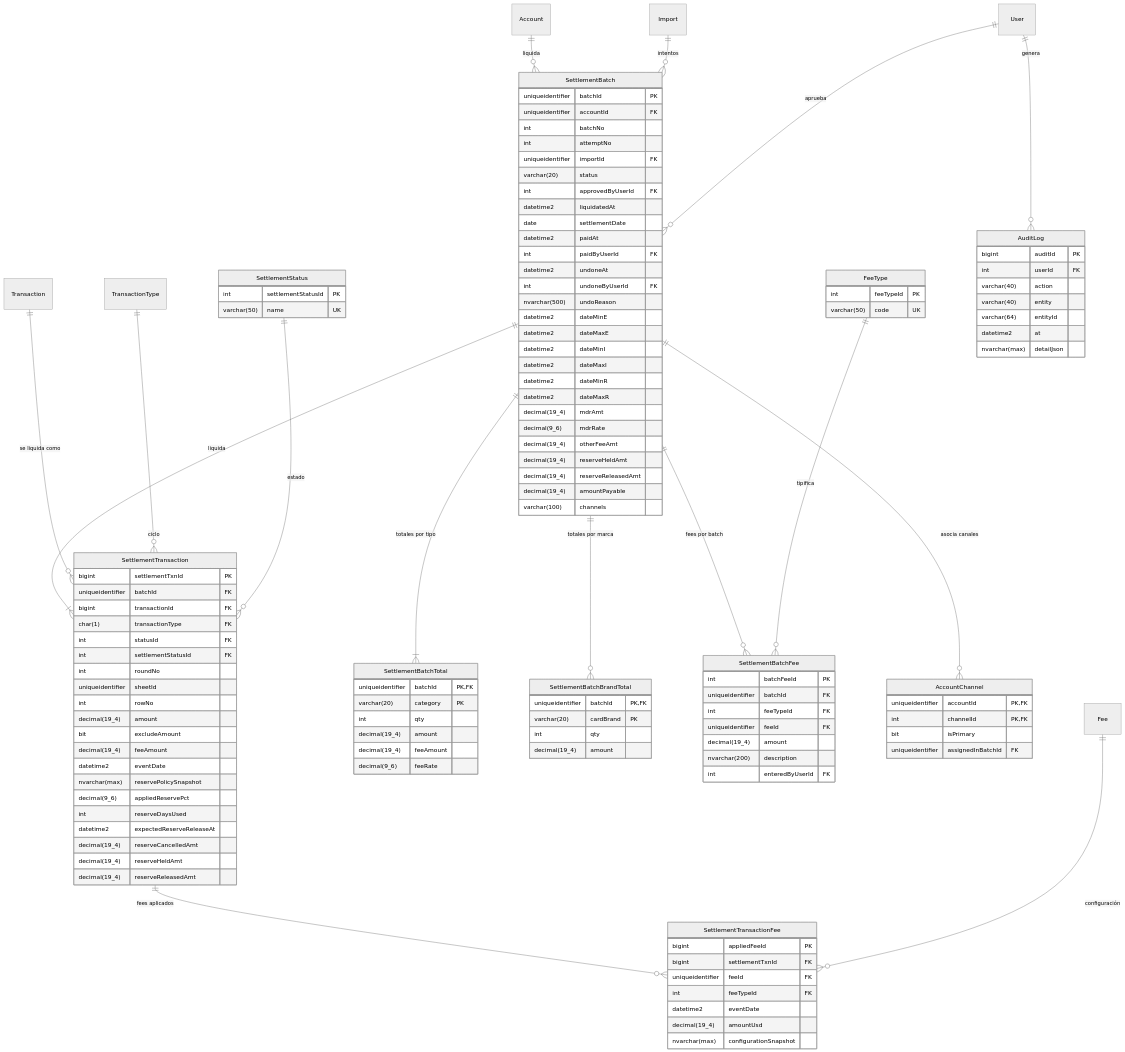
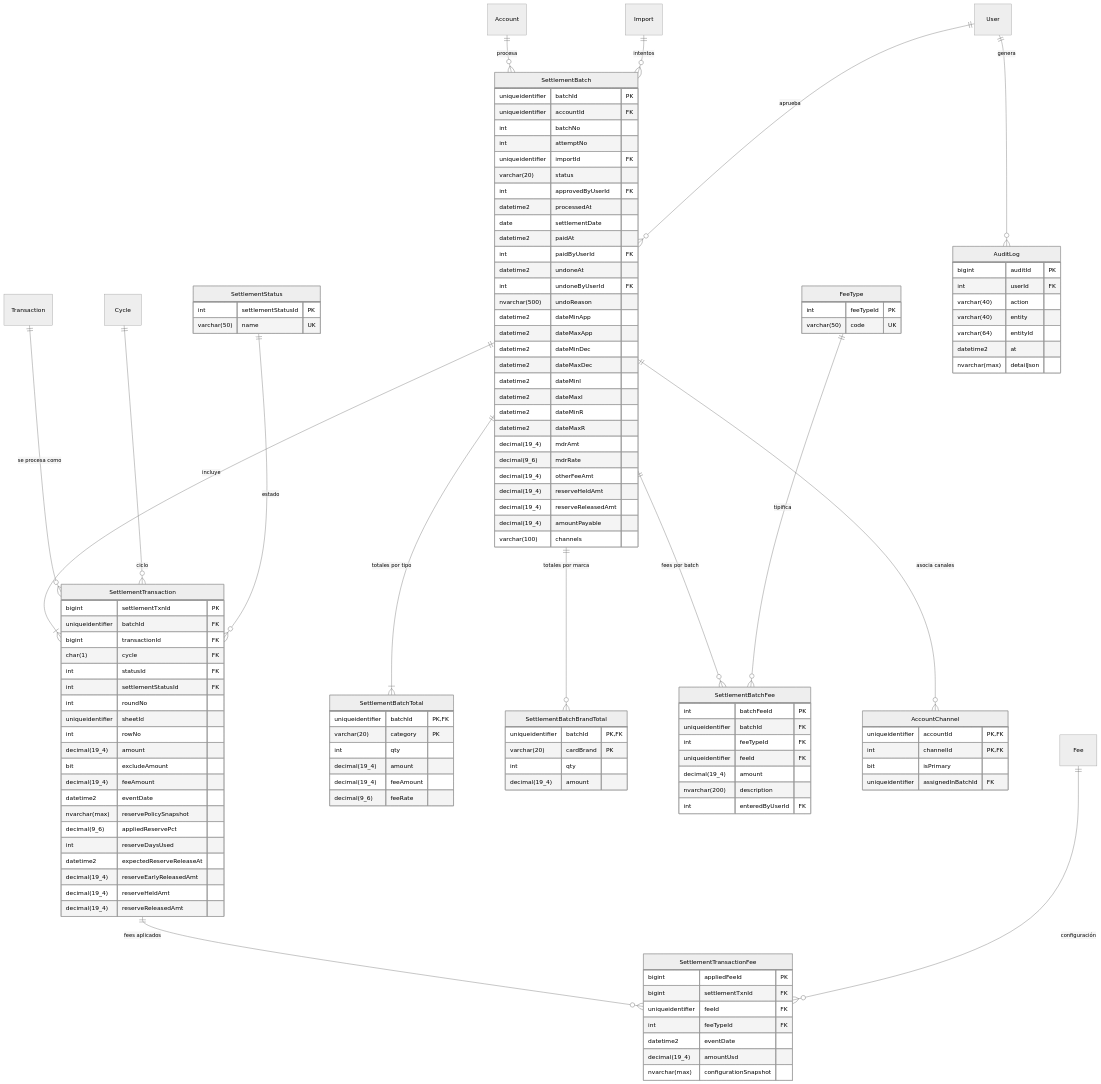
Before and after one commit to LIDR-academy-temp/AI4Devs-finalproject: the tenth of 10 diagrams in readme.md, drawn with Mermaid (neutral theme). The commit also changed other lines of this file and 4 other files, not shown here.

````diff
--- a/readme.md
+++ b/readme.md
@@ -850,16 +856,16 @@
 ```mermaid
 erDiagram
-    Account ||--o{ SettlementBatch : "liquida"
+    Account ||--o{ SettlementBatch : "procesa"
     Import ||--o{ SettlementBatch : "intentos"
     User ||--o{ SettlementBatch : "aprueba"
-    SettlementBatch ||--|{ SettlementTransaction : "liquida"
+    SettlementBatch ||--|{ SettlementTransaction : "incluye"
     SettlementBatch ||--|{ SettlementBatchTotal : "totales por tipo"
     SettlementBatch ||--o{ SettlementBatchBrandTotal : "totales por marca"
     SettlementBatch ||--o{ SettlementBatchFee : "fees por batch"
     FeeType ||--o{ SettlementBatchFee : "tipifica"
     SettlementBatch ||--o{ AccountChannel : "asocia canales"
-    Transaction ||--o{ SettlementTransaction : "se liquida como"
-    TransactionType ||--o{ SettlementTransaction : "ciclo"
+    Transaction ||--o{ SettlementTransaction : "se procesa como"
+    Cycle ||--o{ SettlementTransaction : "ciclo"
     SettlementStatus ||--o{ SettlementTransaction : "estado"
     SettlementTransaction ||--o{ SettlementTransactionFee : "fees aplicados"
     Fee ||--o{ SettlementTransactionFee : "configuración"
@@ -873,15 +879,17 @@
         uniqueidentifier importId FK
         varchar(20) status
         int approvedByUserId FK
-        datetime2 liquidatedAt
+        datetime2 processedAt
         date settlementDate
         datetime2 paidAt
         int paidByUserId FK
         datetime2 undoneAt
         int undoneByUserId FK
         nvarchar(500) undoReason
-        datetime2 dateMinE
-        datetime2 dateMaxE
+        datetime2 dateMinApp
+        datetime2 dateMaxApp
+        datetime2 dateMinDec
+        datetime2 dateMaxDec
         datetime2 dateMinI
         datetime2 dateMaxI
         datetime2 dateMinR
@@ -931,7 +939,7 @@
         bigint settlementTxnId PK
         uniqueidentifier batchId FK
         bigint transactionId FK
-        char(1) transactionType FK
+        char(1) cycle FK
         int statusId FK
         int settlementStatusId FK
         int roundNo
@@ -945,7 +953,7 @@
         decimal(9_6) appliedReservePct
         int reserveDaysUsed
         datetime2 expectedReserveReleaseAt
-        decimal(19_4) reserveCancelledAmt
+        decimal(19_4) reserveEarlyReleasedAmt
         decimal(19_4) reserveHeldAmt
         decimal(19_4) reserveReleasedAmt
     }
````
